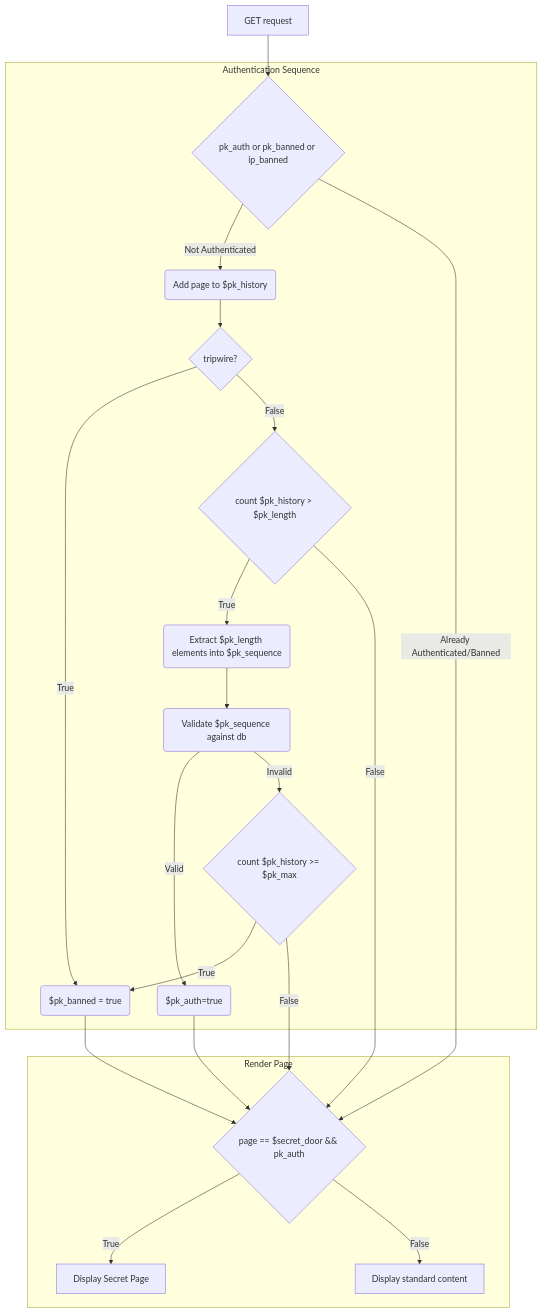
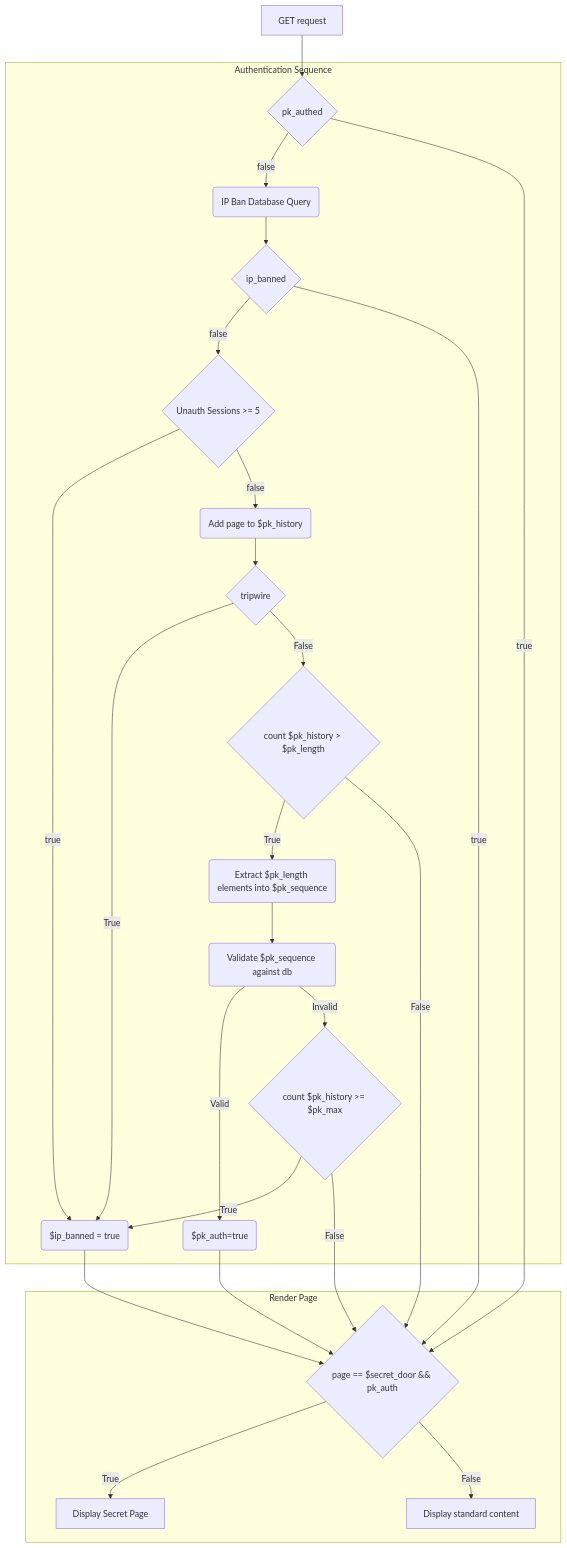
Before and after one commit to bok-album-polo/secret-garden: the first of 2 diagrams in README.md, drawn with Mermaid.

Commit message:
Update README.md
Rework flowchart to consolidate around ip_ban, add unauth session tracking logic

````diff
--- a/README.md
+++ b/README.md
@@ -25,52 +25,61 @@
 ```mermaid
 flowchart TD
     %% Entry Point
-    Start[GET request] --> Guard{pk_auth or pk_banned or ip_banned}
+    Start[GET request] --> PK_Guard{pk_authed}
 
     %% Main Logic Flow
-    Guard -->|Not Authenticated| UpdateHistory(Add page to $pk_history)
-    UpdateHistory --> Tripwire{tripwire?}
+    PK_Guard -->|false| IP_Guard1(IP Ban Database Query)
+    IP_Guard1 --> IP_Guard2{ip_banned}
+    IP_Guard2 --> |false| CheckUnAuthSessions{Unauth Sessions >= 5}
+    CheckUnAuthSessions --> |true|SetBanned
+    CheckUnAuthSessions --> |false|UpdateHistory
+    UpdateHistory(Add page to $pk_history)
+    UpdateHistory --> Tripwire{tripwire}
     
     %% Tripwire & Sequence Logic
-    Tripwire -->|True| SetBanned($pk_banned = true)
+    Tripwire -->|True| SetBanned($ip_banned = true)
     Tripwire -->|False| LengthCheck{count $pk_history > $pk_length}
     
     LengthCheck -->|True| Extract(Extract $pk_length elements into $pk_sequence)
     Extract --> Validate(Validate $pk_sequence against db)
     
     Validate -->|Valid| SetAuth($pk_auth=true)
     Validate -->|Invalid| MaxCheck{count $pk_history >= $pk_max}
     MaxCheck -->|True| SetBanned
     
     %% Decision Gate
-    Guard -->|Already Authenticated/Banned| DoorCheck
+    PK_Guard -->|true| DoorCheck
+    IP_Guard2 -->|true| DoorCheck
     SetAuth --> DoorCheck
     SetBanned --> DoorCheck
     MaxCheck -->|False| DoorCheck
     LengthCheck -->|False| DoorCheck
 
     DoorCheck{page == $secret_door && pk_auth}
     
     %% Final Output
     DoorCheck -->|True| SecretPage[Display Secret Page]
     DoorCheck -->|False| StandardPage[Display standard content]
 
     %% Styling for clarity
     subgraph Auth_Sequence [Authentication Sequence]
-        Guard
+        PK_Guard
+        IP_Guard1
+        IP_Guard2
+        CheckUnAuthSessions
         UpdateHistory
         Tripwire
         LengthCheck
         Extract
         Validate
         SetAuth
         MaxCheck
         SetBanned
     end
 
     subgraph Rendering [Render Page]
         DoorCheck
         SecretPage
         StandardPage
     end
 ```
````
